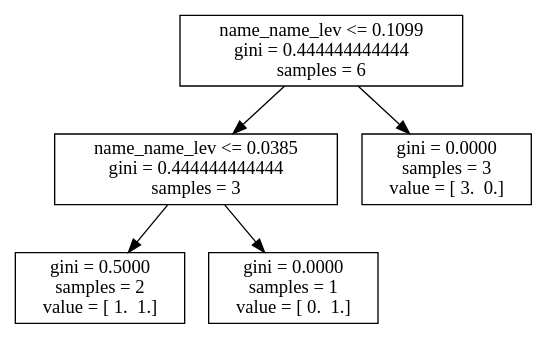
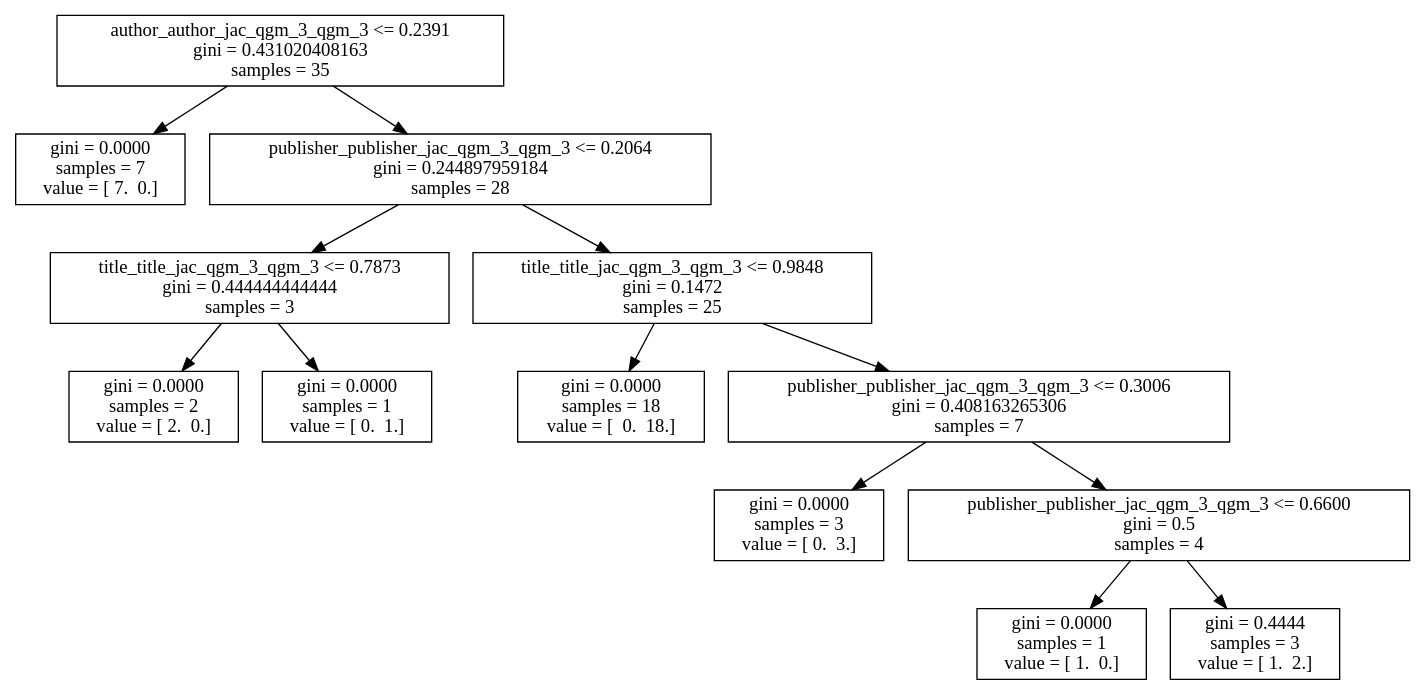
The diagram in notebooks/examples/dt_.dot (kvpradap/enrique), drawn with Graphviz before and after one commit. The commit also changed 87 other files, not shown here.

```diff
--- a/notebooks/examples/dt_.dot
+++ b/notebooks/examples/dt_.dot
@@ -1,11 +1,27 @@
 digraph Tree {
-0 [label="name_name_lev <= 0.1099\ngini = 0.444444444444\nsamples = 6", shape="box"] ;
-1 [label="name_name_lev <= 0.0385\ngini = 0.444444444444\nsamples = 3", shape="box"] ;
+0 [label="author_author_jac_qgm_3_qgm_3 <= 0.2391\ngini = 0.431020408163\nsamples = 35", shape="box"] ;
+1 [label="gini = 0.0000\nsamples = 7\nvalue = [ 7.  0.]", shape="box"] ;
 0 -> 1 ;
-2 [label="gini = 0.5000\nsamples = 2\nvalue = [ 1.  1.]", shape="box"] ;
-1 -> 2 ;
-3 [label="gini = 0.0000\nsamples = 1\nvalue = [ 0.  1.]", shape="box"] ;
-1 -> 3 ;
-4 [label="gini = 0.0000\nsamples = 3\nvalue = [ 3.  0.]", shape="box"] ;
-0 -> 4 ;
+2 [label="publisher_publisher_jac_qgm_3_qgm_3 <= 0.2064\ngini = 0.244897959184\nsamples = 28", shape="box"] ;
+0 -> 2 ;
+3 [label="title_title_jac_qgm_3_qgm_3 <= 0.7873\ngini = 0.444444444444\nsamples = 3", shape="box"] ;
+2 -> 3 ;
+4 [label="gini = 0.0000\nsamples = 2\nvalue = [ 2.  0.]", shape="box"] ;
+3 -> 4 ;
+5 [label="gini = 0.0000\nsamples = 1\nvalue = [ 0.  1.]", shape="box"] ;
+3 -> 5 ;
+6 [label="title_title_jac_qgm_3_qgm_3 <= 0.9848\ngini = 0.1472\nsamples = 25", shape="box"] ;
+2 -> 6 ;
+7 [label="gini = 0.0000\nsamples = 18\nvalue = [  0.  18.]", shape="box"] ;
+6 -> 7 ;
+8 [label="publisher_publisher_jac_qgm_3_qgm_3 <= 0.3006\ngini = 0.408163265306\nsamples = 7", shape="box"] ;
+6 -> 8 ;
+9 [label="gini = 0.0000\nsamples = 3\nvalue = [ 0.  3.]", shape="box"] ;
+8 -> 9 ;
+10 [label="publisher_publisher_jac_qgm_3_qgm_3 <= 0.6600\ngini = 0.5\nsamples = 4", shape="box"] ;
+8 -> 10 ;
+11 [label="gini = 0.0000\nsamples = 1\nvalue = [ 1.  0.]", shape="box"] ;
+10 -> 11 ;
+12 [label="gini = 0.4444\nsamples = 3\nvalue = [ 1.  2.]", shape="box"] ;
+10 -> 12 ;
 }
```
